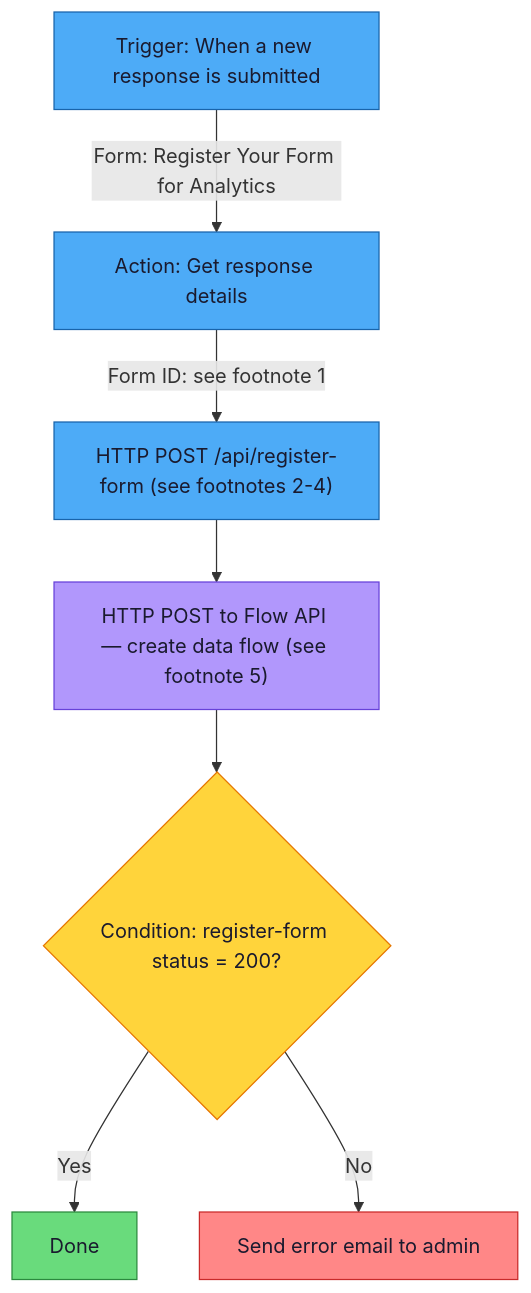
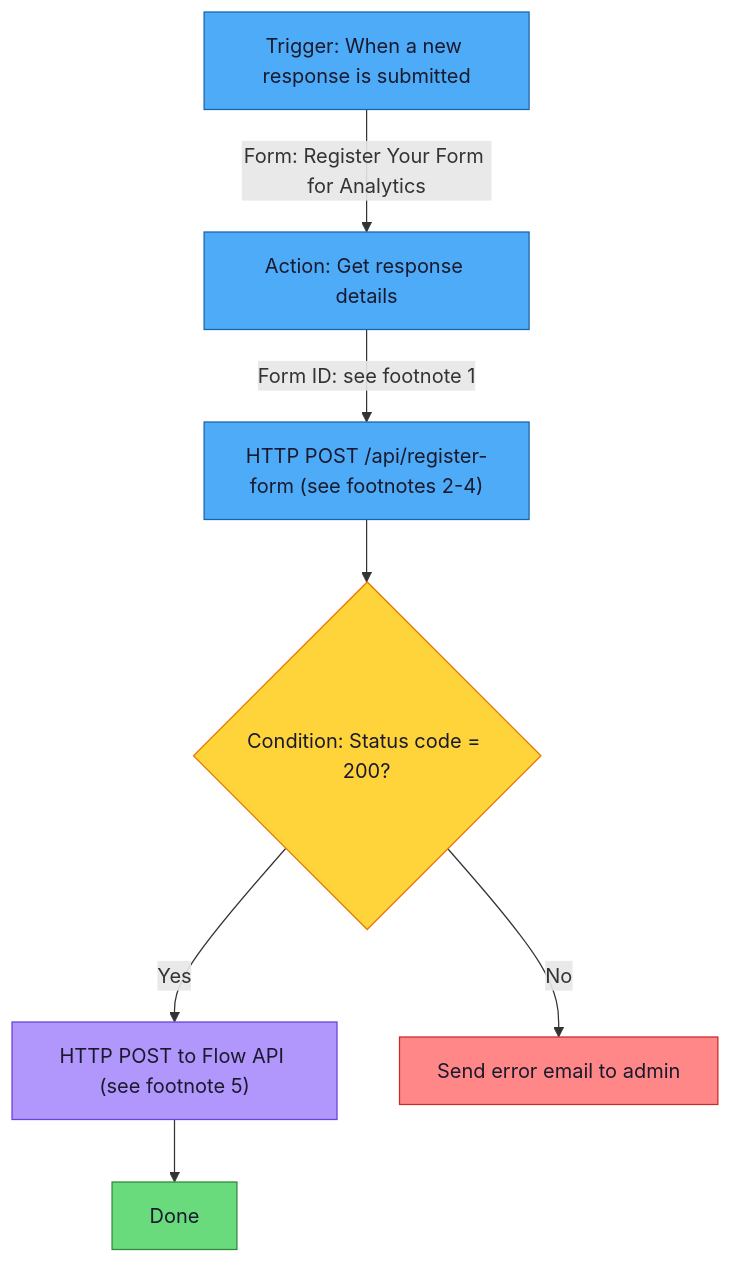
The first of 2 diagrams in docs/registration-form-template.md (michaelhuot-msft/forms-to-fabric), drawn with Mermaid before and after one commit. The commit also changed other lines of this file, not shown here.

First line of the commit message:
Fix PA flow: create-flow in Yes branch of condition

````diff
--- a/docs/registration-form-template.md
+++ b/docs/registration-form-template.md
@@ -86,32 +86,30 @@
 ```mermaid
 flowchart TD
     T[Trigger: When a new response is submitted]
     T -->|"Form: Register Your Form for Analytics"| G
 
     G[Action: Get response details]
     G -->|"Form ID: see footnote 1"| H
 
     H["HTTP POST /api/register-form (see footnotes 2-4)"]
-    H --> F
+    H --> C
 
-    F["HTTP POST to Flow API — create data flow (see footnote 5)"]
-    F --> C
-
-    C{Condition: register-form status = 200?}
-    C -- Yes --> OK[Done]
+    C{Condition: Status code = 200?}
+    C -- Yes --> F["HTTP POST to Flow API (see footnote 5)"]
+    F --> OK[Done]
     C -- No --> ERR[Send error email to admin]
 
     classDef primary fill:#4dabf7,stroke:#1864ab,color:#1a1a2e
     classDef success fill:#69db7c,stroke:#2b8a3e,color:#1a1a2e
     classDef warning fill:#ffd43b,stroke:#e67700,color:#1a1a2e
     classDef danger fill:#ff8787,stroke:#c92a2a,color:#1a1a2e
     classDef info fill:#b197fc,stroke:#6741d9,color:#1a1a2e
 
     T:::primary
     G:::primary
     H:::primary
+    C:::warning
     F:::info
-    C:::warning
     OK:::success
     ERR:::danger
 ```
````
